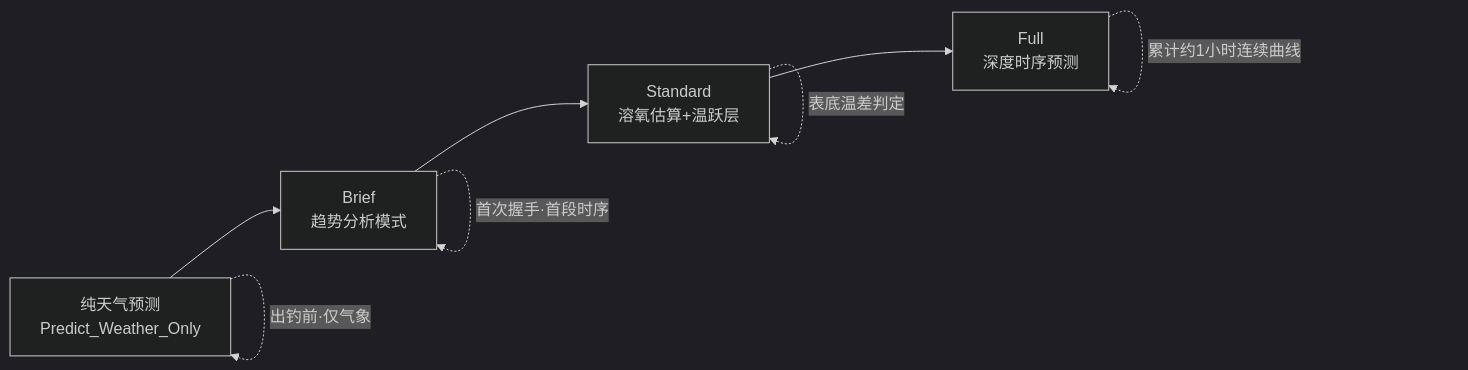
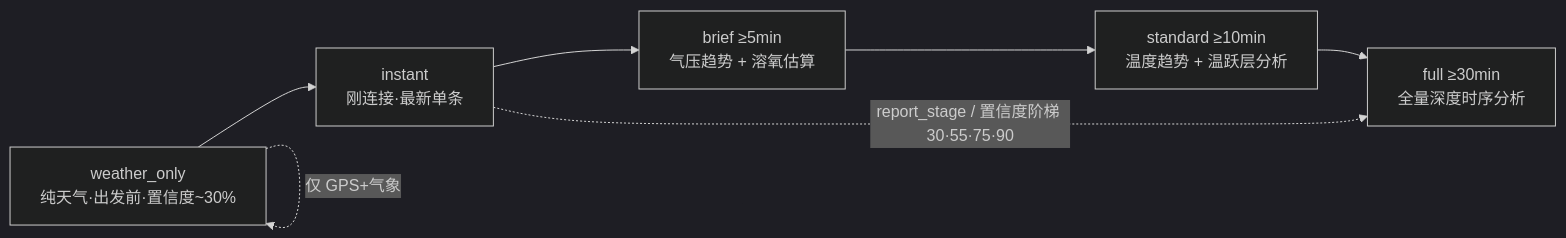
One commit to 19348729/diaoyu changed the second of 5 diagrams in 业务流程图.md. Above: the diagram before and after it, drawn with Mermaid (dark theme). The commit also changed other lines of this file and 1 other file, not shown here.

First line of the commit message:
docs: 按最新代码逻辑重写业务流程图与 README

````diff
--- a/业务流程图.md
+++ b/业务流程图.md
@@ -87,11 +90,10 @@
 ```mermaid
 flowchart LR
-    A[纯天气预测<br/>Predict_Weather_Only] --> B[Brief<br/>趋势分析模式]
-    B --> C[Standard<br/>溶氧估算+温跃层]
-    C --> D[Full<br/>深度时序预测]
+    W[weather_only<br/>纯天气·出发前·置信度~30%] --> A[instant<br/>刚连接·最新单条]
+    A --> B[brief ≥5min<br/>气压趋势 + 溶氧估算]
+    B --> C[standard ≥10min<br/>温度趋势 + 温跃层分析]
+    C --> D[full ≥30min<br/>全量深度时序分析]
 
-    A -.出钓前·仅气象.-> A
-    B -.首次握手·首段时序.-> B
-    C -.表底温差判定.-> C
-    D -.累计约1小时连续曲线.-> D
+    W -.仅 GPS+气象.-> W
+    A -.report_stage / 置信度阶梯 30·55·75·90.-> D
 ```
````
